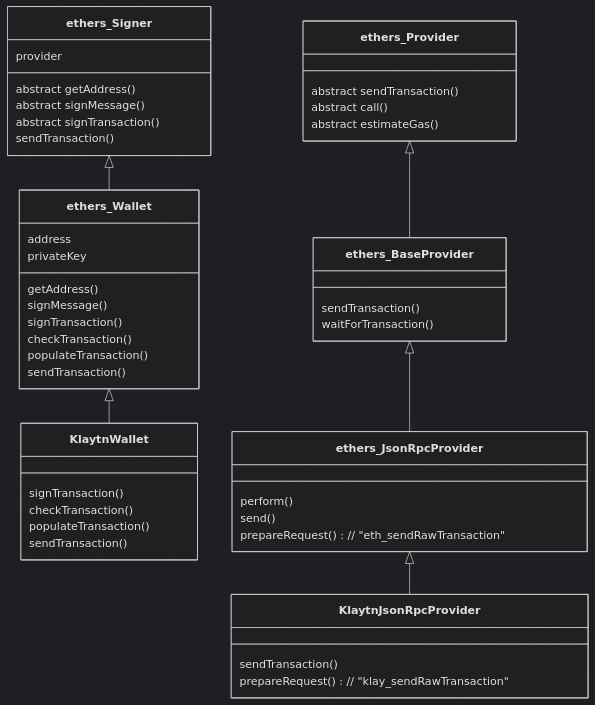
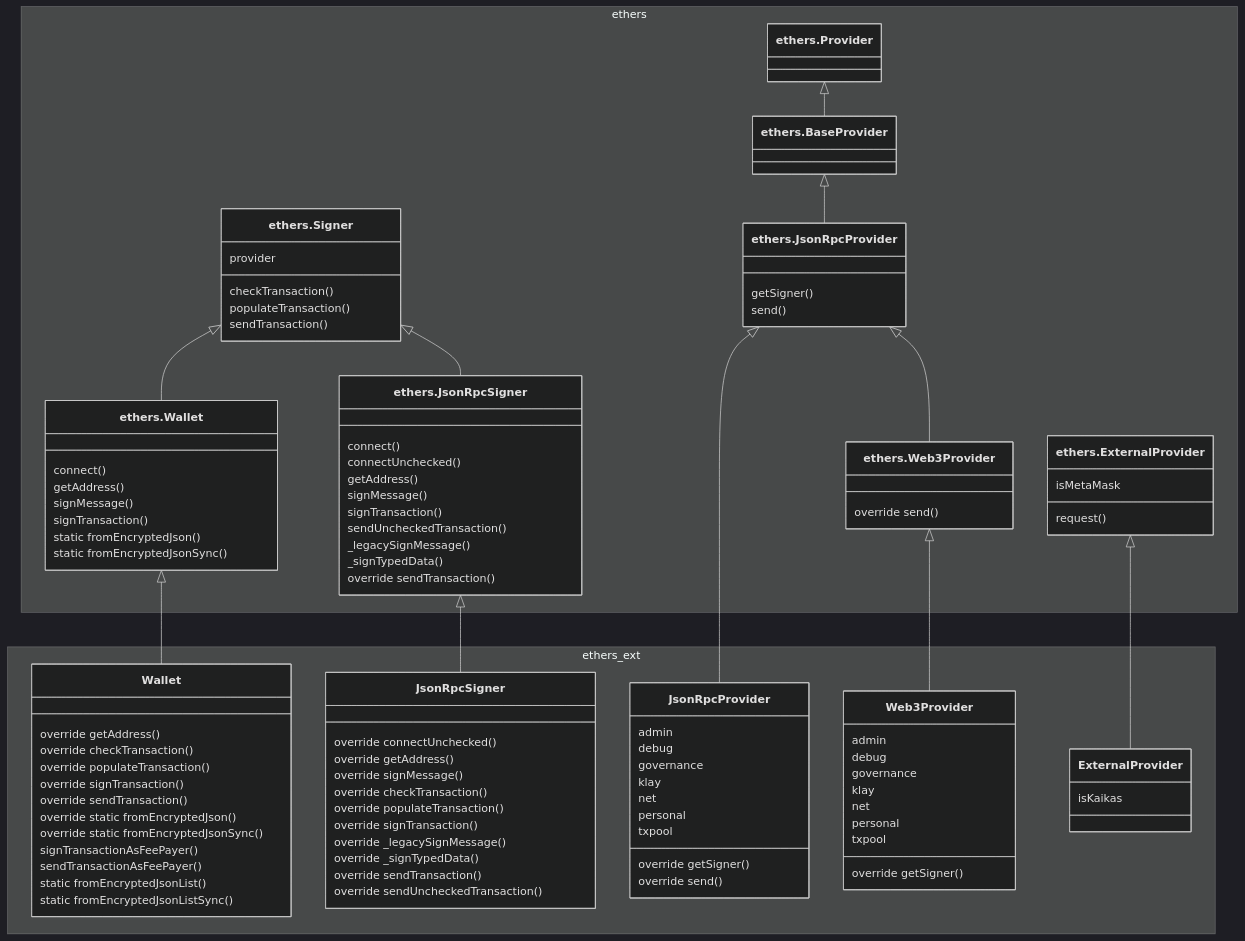
One commit to klaytn/web3klaytn changed the diagram in ethers-ext/README.md. Above: the diagram before and after it, drawn with Mermaid (dark theme). The commit also changed other lines of this file and 2 other files, not shown here.

Commit message:
ethers: Update README

````diff
--- a/ethers-ext/README.md
+++ b/ethers-ext/README.md
@@ -124,50 +44,116 @@
 ```mermaid
 classDiagram
-  ethers_Wallet <|-- KlaytnWallet
-  ethers_Signer <|-- ethers_Wallet
-  class ethers_Signer {
-    provider
-    abstract getAddress()
-    abstract signMessage()
-    abstract signTransaction()
-    sendTransaction()
-  }
-  class ethers_Wallet {
-    address
-    privateKey
-    getAddress()
-    signMessage()
-    signTransaction()
-    checkTransaction()
-    populateTransaction()
-    sendTransaction()
-  }
-  class KlaytnWallet {
-    signTransaction()
-    checkTransaction()
-    populateTransaction()
-    sendTransaction()
-  }
+    namespace ethers {
+        class ethers_Signer["ethers.Signer"] {
+            provider
+            checkTransaction()
+            populateTransaction()
+            sendTransaction()
+        }
+        class ethers_Wallet["ethers.Wallet"] {
+            connect()
+            getAddress()
+            signMessage()
+            signTransaction()
+            static fromEncryptedJson()
+            static fromEncryptedJsonSync()
+        }
+        class ethers_JsonRpcSigner["ethers.JsonRpcSigner"] {
+            connect()
+            connectUnchecked()
+            getAddress()
+            signMessage()
+            signTransaction()
+            sendUncheckedTransaction()
+            _legacySignMessage()
+            _signTypedData()
+            override sendTransaction()
+        }
 
-  ethers_Provider <|-- ethers_BaseProvider
-  ethers_BaseProvider <|-- ethers_JsonRpcProvider
-  ethers_JsonRpcProvider <|-- KlaytnJsonRpcProvider
-  class ethers_Provider {
-    abstract sendTransaction()
-    abstract call()
-    abstract estimateGas()
-  }
-  class ethers_BaseProvider {
-    sendTransaction()
-    waitForTransaction()
-  }
-  class ethers_JsonRpcProvider {
-    perform()
-    send()
-    prepareRequest() // "eth_sendRawTransaction"
-  }
-  class KlaytnJsonRpcProvider {
-    sendTransaction()
-    prepareRequest() // "klay_sendRawTransaction"
-  }
+        class ethers_Provider["ethers.Provider"] {
+        }
+        class ethers_BaseProvider["ethers.BaseProvider"] {
+        }
+        class ethers_JsonRpcProvider["ethers.JsonRpcProvider"] {
+            getSigner()
+            send()
+        }
+        class ethers_Web3Provider["ethers.Web3Provider"] {
+            override send()
+        }
+        class ethers_ExternalProvider["ethers.ExternalProvider"] {
+            isMetaMask
+            request()
+        }
+    }
+    namespace ethers_ext {
+        class Wallet {
+            override getAddress()
+            override checkTransaction()
+            override populateTransaction()
+            override signTransaction()
+            override sendTransaction()
+            override static fromEncryptedJson()
+            override static fromEncryptedJsonSync()
+            signTransactionAsFeePayer()
+            sendTransactionAsFeePayer()
+            static fromEncryptedJsonList()
+            static fromEncryptedJsonListSync()
+        }
+        class JsonRpcSigner {
+            override connectUnchecked()
+            override getAddress()
+            override signMessage()
+            override checkTransaction()
+            override populateTransaction()
+            override signTransaction()
+            override _legacySignMessage()
+            override _signTypedData()
+            override sendTransaction()
+            override sendUncheckedTransaction()
+        }
+
+        class JsonRpcProvider {
+            admin
+            debug
+            governance
+            klay
+            net
+            personal
+            txpool
+
+            override getSigner()
+            override send()
+        }
+        class Web3Provider {
+            admin
+            debug
+            governance
+            klay
+            net
+            personal
+            txpool
+
+            override getSigner()
+        }
+        class ExternalProvider {
+            isKaikas
+        }
+    }
+
+    ethers_Signer <|-- ethers_Wallet
+    ethers_Signer <|-- ethers_JsonRpcSigner
+
+    ethers_Wallet <|-- Wallet
+    ethers_JsonRpcSigner <|-- JsonRpcSigner
+
+
+    ethers_Provider <|-- ethers_BaseProvider
+    ethers_BaseProvider <|-- ethers_JsonRpcProvider
+    ethers_JsonRpcProvider <|-- ethers_Web3Provider
+
+    ethers_JsonRpcProvider <|-- JsonRpcProvider
+    ethers_Web3Provider <|-- Web3Provider
+    ethers_ExternalProvider <|-- ExternalProvider
+
 ```
````
